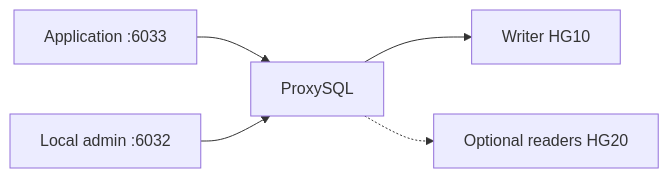
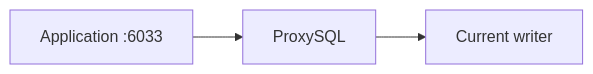
Before and after one commit to OT-OSM/percona_server: the diagram in roles/proxysql/README.md, drawn with Mermaid. The commit also changed other lines of this file and 159 other files, not shown here.

````diff
--- a/roles/proxysql/README.md
+++ b/roles/proxysql/README.md
@@ -5,4 +5,4 @@
 ```mermaid
 flowchart LR
-  A[Application :6033] --> P[ProxySQL]; P --> W[Writer HG10]; P -.-> R[Optional readers HG20]; O[Local admin :6032] --> P
+  A[Application :6033] --> P[ProxySQL] --> W[Current writer]
 ```
````
